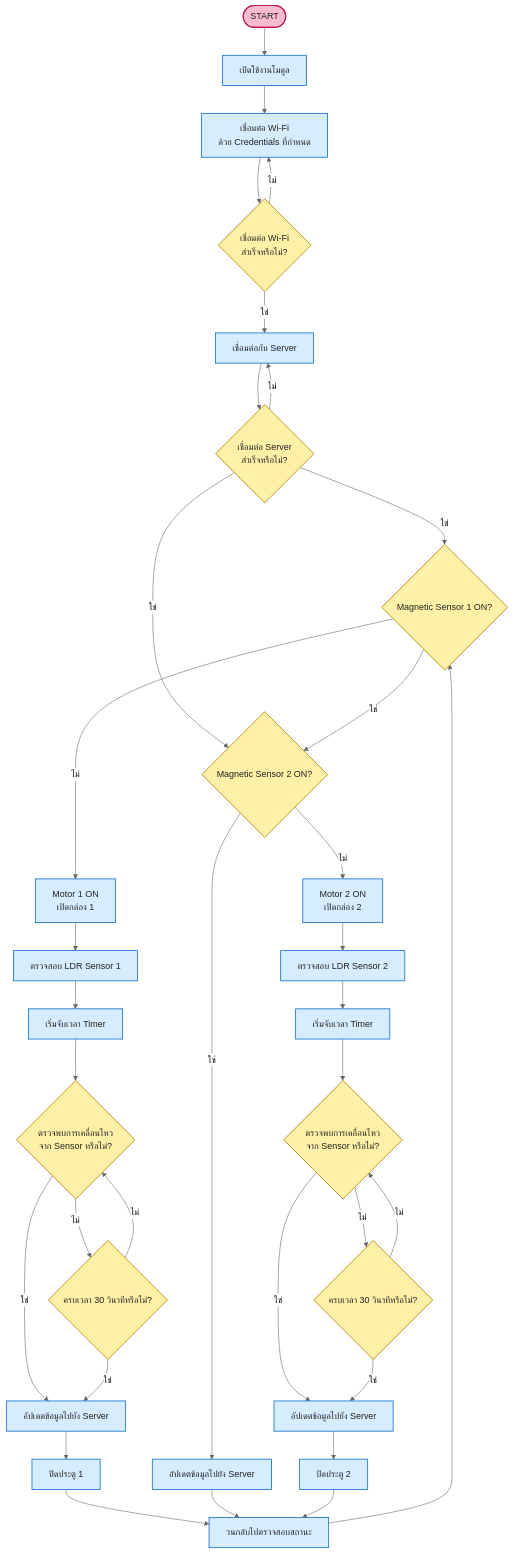
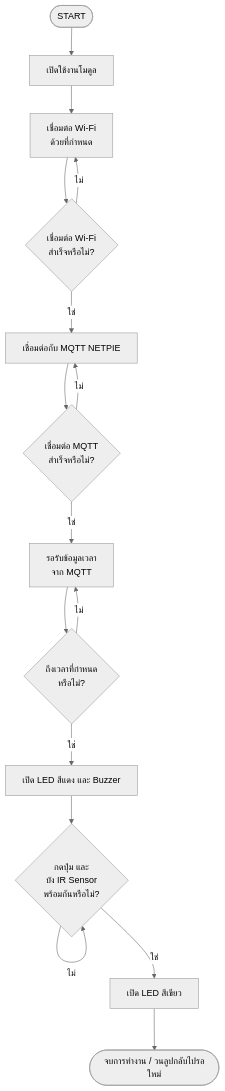
Before and after one commit to 1TestGame1/IoTTermProject: the diagram in flowchart.md, drawn with Mermaid (neutral theme).

````diff
--- a/flowchart.md
+++ b/flowchart.md
@@ -1,47 +1,19 @@
 ```mermaid
 flowchart TD
     A([START]) --> B[เปิดใช้งานโมดูล]
-    B --> C[เชื่อมต่อ Wi-Fi<br/>ด้วย Credentials ที่กำหนด]
+    B --> C[เชื่อมต่อ Wi-Fi<br/>ด้วยที่กำหนด]
     C --> D{เชื่อมต่อ Wi-Fi<br/>สำเร็จหรือไม่?}
     D -- ไม่ --> C
-    D -- ใช่ --> E[เชื่อมต่อกับ Server]
-    E --> F{เชื่อมต่อ Server<br/>สำเร็จหรือไม่?}
+    D -- ใช่ --> E[เชื่อมต่อกับ MQTT NETPIE]
+    E --> F{เชื่อมต่อ MQTT<br/>สำเร็จหรือไม่?}
     F -- ไม่ --> E
-    F -- ใช่ --> G{Magnetic Sensor 1 ON?}
-    F -- ใช่ --> H{Magnetic Sensor 2 ON?}
-
-    G -- ใช่ --> H
-    G -- ไม่ --> I[Motor 1 ON<br/>เปิดกล่อง 1]
-    I --> J[ตรวจสอบ LDR Sensor 1]
-    J --> K[เริ่มจับเวลา Timer]
-    K --> L{ตรวจพบการเคลื่อนไหว<br/>จาก Sensor หรือไม่?}
-    L -- ใช่ --> M[อัปเดตข้อมูลไปยัง Server]
-    L -- ไม่ --> N{ครบเวลา 30 วินาทีหรือไม่?}
-    N -- ไม่ --> L
-    N -- ใช่ --> M
-    M --> O[ปิดประตู 1]
-
-    H -- ใช่ --> P[อัปเดตข้อมูลไปยัง Server]
-    H -- ไม่ --> Q[Motor 2 ON<br/>เปิดกล่อง 2]
-    Q --> R[ตรวจสอบ LDR Sensor 2]
-    R --> S[เริ่มจับเวลา Timer]
-    S --> T{ตรวจพบการเคลื่อนไหว<br/>จาก Sensor หรือไม่?}
-    T -- ใช่ --> U[อัปเดตข้อมูลไปยัง Server]
-    T -- ไม่ --> V{ครบเวลา 30 วินาทีหรือไม่?}
-    V -- ไม่ --> T
-    V -- ใช่ --> U
-    U --> W[ปิดประตู 2]
-
-    O --> X[วนกลับไปตรวจสอบสถานะ]
-    P --> X
-    W --> X
-    X --> G
-
-    classDef startEnd fill:#f8bbd0,stroke:#c2185b,stroke-width:2px,color:#222;
-    classDef process fill:#d6ecff,stroke:#1976d2,stroke-width:1.5px,color:#222;
-    classDef decision fill:#fff0a8,stroke:#b8860b,stroke-width:1.5px,color:#222;
-    class A startEnd;
-    class B,C,E,I,J,K,M,O,Q,R,S,P,U,W,X process;
-    class D,F,G,H,L,N,T,V decision;
+    F -- ใช่ --> G[รอรับข้อมูลเวลา<br/>จาก MQTT]
+    G --> H{ถึงเวลาที่กำหนด<br/>หรือไม่?}
+    H -- ไม่ --> G
+    H -- ใช่ --> I[เปิด LED สีแดง และ Buzzer]
+    I --> J{กดปุ่ม และ<br/>บัง IR Sensor<br/>พร้อมกันหรือไม่?}
+    J -- ไม่ --> J
+    J -- ใช่ --> K[เปิด LED สีเขียว]
+    K --> L([จบการทำงาน / วนลูปกลับไปรอใหม่])
 
 ```
````
